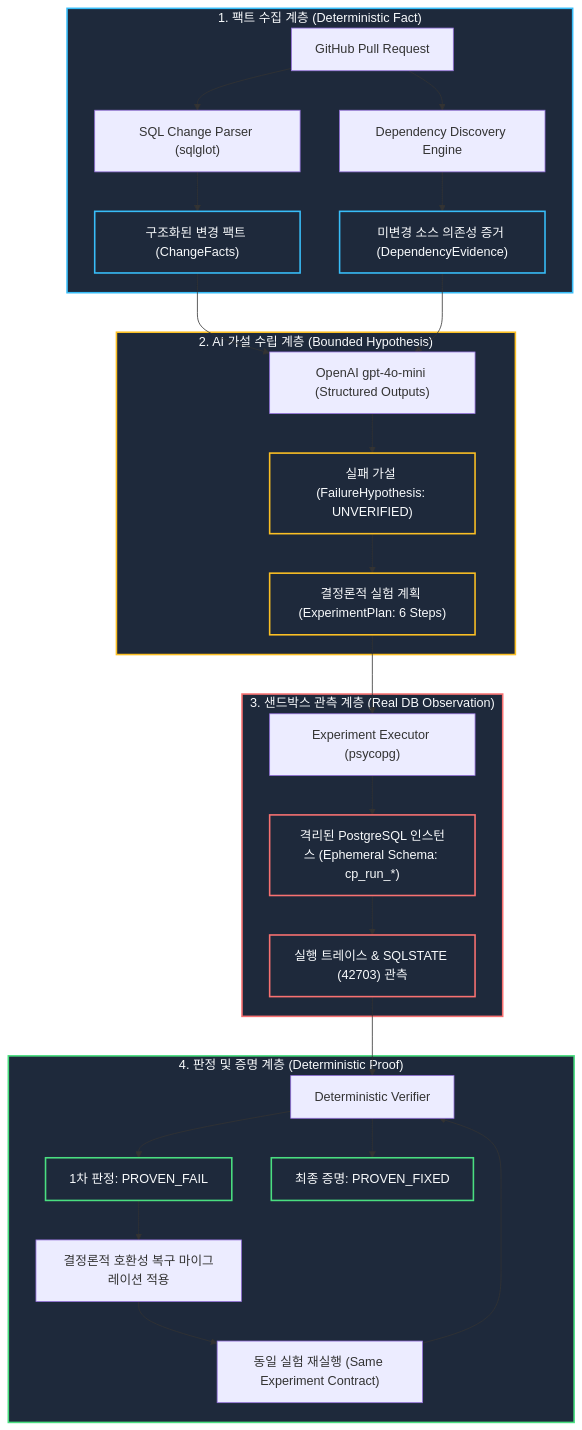
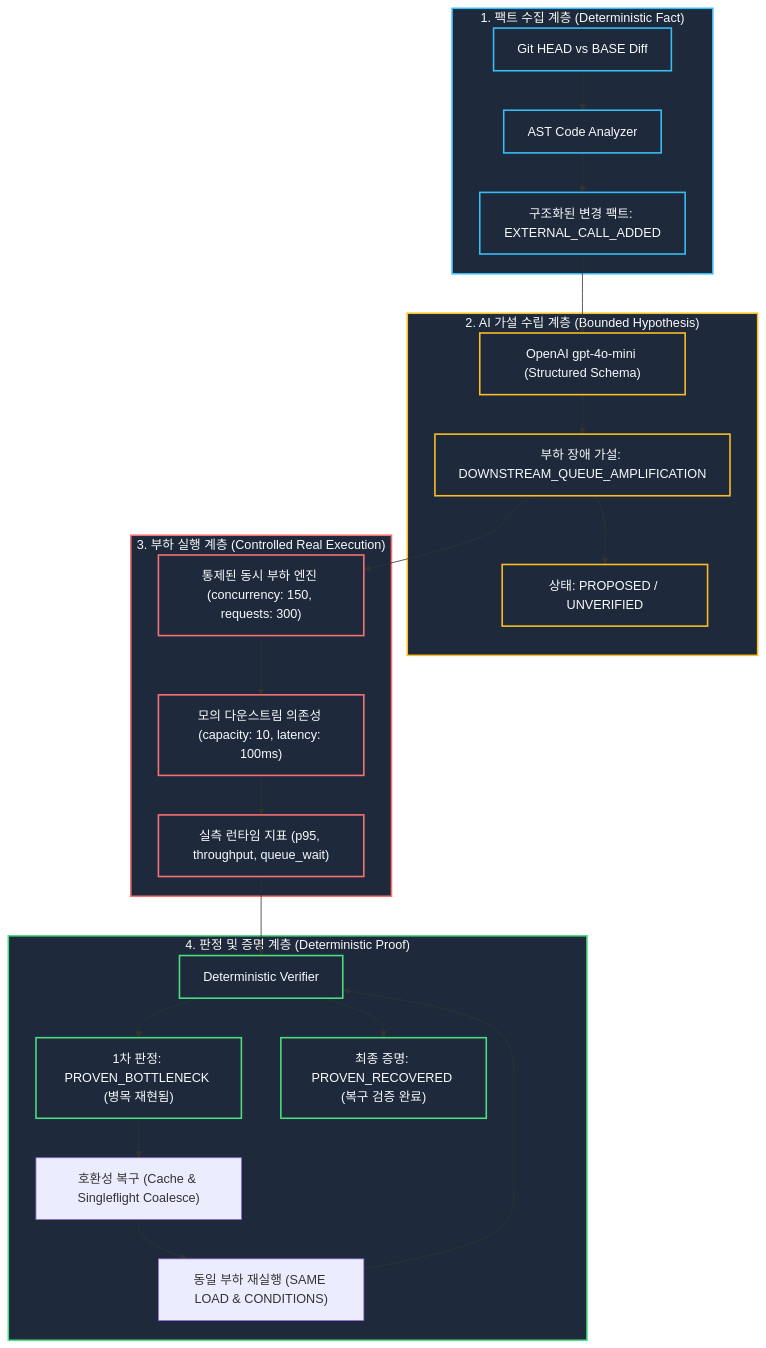
One commit to choi11000/ChangeProof changed the diagram in docs/architecture-submission.md. Above: the diagram before and after it, drawn with Mermaid. The commit also changed other lines of this file and 4 other files, not shown here.

````diff
--- a/docs/architecture-submission.md
+++ b/docs/architecture-submission.md
@@ -9,47 +9,44 @@
 ```mermaid
 flowchart TD
     subgraph INTAKE["1. 팩트 수집 계층 (Deterministic Fact)"]
-        PR["GitHub Pull Request"]
-        PARSER["SQL Change Parser (sqlglot)"]
-        DEP["Dependency Discovery Engine"]
-        FACTS["구조화된 변경 팩트 (ChangeFacts)"]
-        EVIDENCE["미변경 소스 의존성 증거 (DependencyEvidence)"]
-        PR --> PARSER --> FACTS
-        PR --> DEP --> EVIDENCE
+        DIFF["Git HEAD vs BASE Diff"]
+        AST["AST Code Analyzer"]
+        FACTS["구조화된 변경 팩트: EXTERNAL_CALL_ADDED"]
+        DIFF --> AST --> FACTS
     end
 
     subgraph REASONING["2. AI 가설 수립 계층 (Bounded Hypothesis)"]
-        LLM["OpenAI gpt-4o-mini (Structured Outputs)"]
-        HYPO["실패 가설 (FailureHypothesis: UNVERIFIED)"]
-        PLAN["결정론적 실험 계획 (ExperimentPlan: 6 Steps)"]
-        FACTS & EVIDENCE --> LLM --> HYPO --> PLAN
+        LLM["OpenAI gpt-4o-mini (Structured Schema)"]
+        HYPO["부하 장애 가설: DOWNSTREAM_QUEUE_AMPLIFICATION"]
+        STATUS["상태: PROPOSED / UNVERIFIED"]
+        FACTS --> LLM --> HYPO --> STATUS
     end
 
-    subgraph EXECUTION["3. 샌드박스 관측 계층 (Real DB Observation)"]
-        SANDBOX["격리된 PostgreSQL 인스턴스 (Ephemeral Schema: cp_run_*)"]
-        EXEC["Experiment Executor (psycopg)"]
-        TRACE["실행 트레이스 & SQLSTATE (42703) 관측"]
-        PLAN --> EXEC --> SANDBOX --> TRACE
+    subgraph EXECUTION["3. 부하 실행 계층 (Controlled Real Execution)"]
+        LOAD["통제된 동시 부하 엔진 (concurrency: 150, requests: 300)"]
+        DOWNSTREAM["모의 다운스트림 의존성 (capacity: 10, latency: 100ms)"]
+        METRICS["실측 런타임 지표 (p95, throughput, queue_wait)"]
+        HYPO --> LOAD --> DOWNSTREAM --> METRICS
     end
 
     subgraph VERDICT["4. 판정 및 증명 계층 (Deterministic Proof)"]
-        VERIFIER["Deterministic Verifier"]
-        FAIL["1차 판정: PROVEN_FAIL"]
-        REMED["결정론적 호환성 복구 마이그레이션 적용"]
-        RE_RUN["동일 실험 재실행 (Same Experiment Contract)"]
-        FIXED["최종 증명: PROVEN_FIXED"]
+        ENGINE["Deterministic Verifier"]
+        BOTTLENECK["1차 판정: PROVEN_BOTTLENECK (병목 재현됨)"]
+        REMED["호환성 복구 (Cache & Singleflight Coalesce)"]
+        RE_RUN["동일 부하 재실행 (SAME LOAD & CONDITIONS)"]
+        RECOVERED["최종 증명: PROVEN_RECOVERED (복구 검증 완료)"]
         
-        TRACE --> VERIFIER --> FAIL
-        FAIL --> REMED --> RE_RUN --> VERIFIER --> FIXED
+        METRICS --> ENGINE --> BOTTLENECK
+        BOTTLENECK --> REMED --> RE_RUN --> ENGINE --> RECOVERED
     end
 
     classDef fact fill:#1e293b,stroke:#38bdf8,stroke-width:2px,color:#f8fafc;
     classDef hypo fill:#1e293b,stroke:#fbbf24,stroke-width:2px,color:#f8fafc;
     classDef obs fill:#1e293b,stroke:#f87171,stroke-width:2px,color:#f8fafc;
     classDef proof fill:#1e293b,stroke:#4ade80,stroke-width:2px,color:#f8fafc;
 
-    class INTAKE,FACTS,EVIDENCE fact;
-    class REASONING,HYPO,PLAN hypo;
-    class EXECUTION,SANDBOX,TRACE obs;
-    class VERDICT,FAIL,FIXED proof;
+    class INTAKE,DIFF,AST,FACTS fact;
+    class REASONING,LLM,HYPO,STATUS hypo;
+    class EXECUTION,LOAD,DOWNSTREAM,METRICS obs;
+    class VERDICT,ENGINE,BOTTLENECK,RECOVERED proof;
 ```
````
